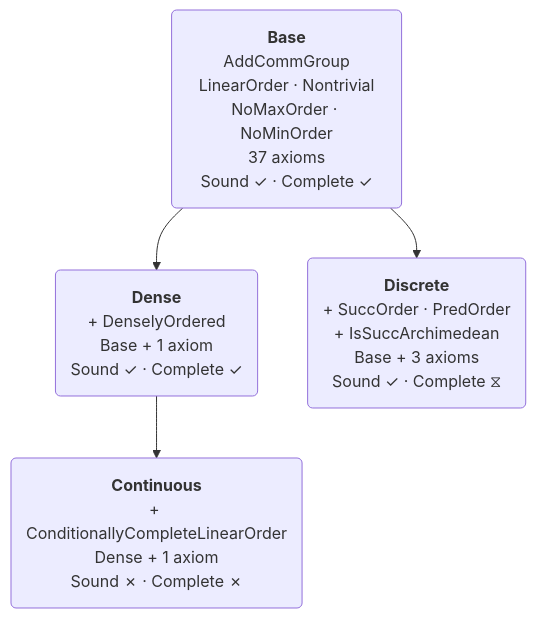
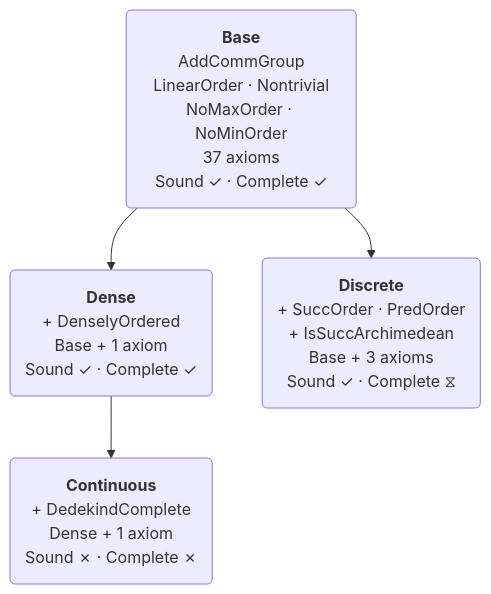
Before and after one commit to benbrastmckie/BimodalLogic: the diagram in README.md, drawn with Mermaid. The commit also changed other lines of this file, not shown here.

````diff
--- a/README.md
+++ b/README.md
@@ -129,11 +129,11 @@
 ```mermaid
 graph TD
     B("<b>Base</b><br/>AddCommGroup<br/>LinearOrder · Nontrivial<br/>NoMaxOrder · NoMinOrder<br/>37 axioms<br/>Sound ✓ · Complete ✓")
     D("<b>Dense</b><br/>+ DenselyOrdered<br/>Base + 1 axiom<br/>Sound ✓ · Complete ✓")
-    C("<b>Continuous</b><br/>+ ConditionallyCompleteLinearOrder<br/>Dense + 1 axiom<br/>Sound ✗ · Complete ✗")
+    C("<b>Continuous</b><br/>+ DedekindComplete<br/>Dense + 1 axiom<br/>Sound ✗ · Complete ✗")
     Z("<b>Discrete</b><br/>+ SuccOrder · PredOrder<br/>+ IsSuccArchimedean<br/>Base + 3 axioms<br/>Sound ✓ · Complete ⧖")
 
     B --> D
     D --> C
     B --> Z
 ```
````
